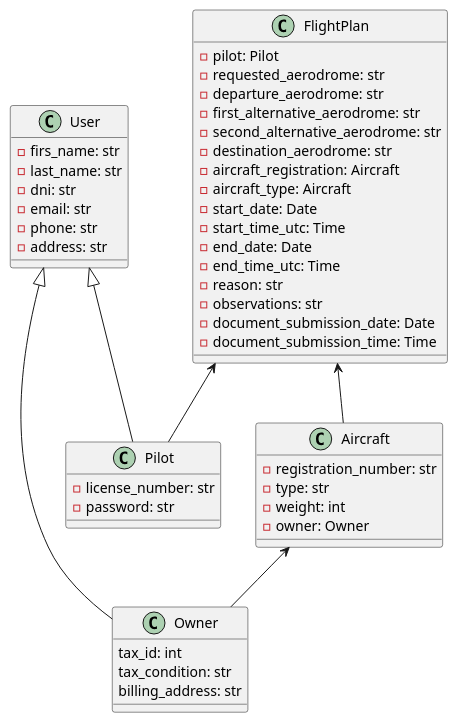
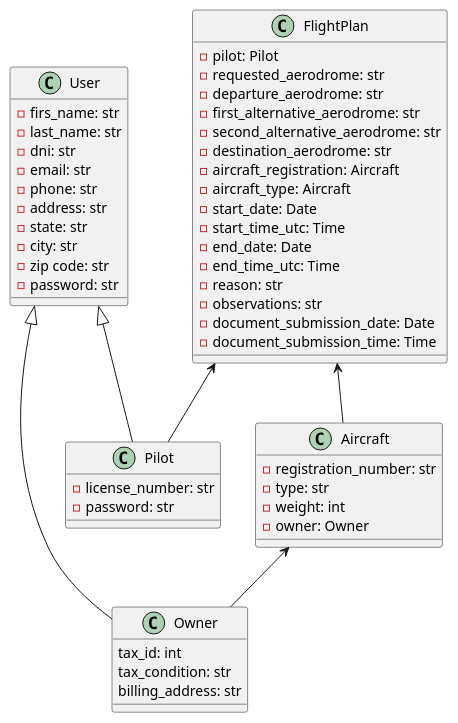
The diagram in docs/class.puml (Facumerino03/Jetpass), drawn with PlantUML before and after one commit. The commit also changed 6 other files, not shown here.

```diff
--- a/docs/class.puml
+++ b/docs/class.puml
@@ -1,56 +1,60 @@
 @startuml class
 
 class User {
     - firs_name: str
     - last_name: str
     - dni: str
     - email: str
     - phone: str
     - address: str
+    - state: str
+    - city: str
+    - zip code: str
+    - password: str
 }
 
 class Pilot extends User {
     - license_number: str
     - password: str
 }
 
 class Owner extends User{
     tax_id: int
     tax_condition: str
     billing_address: str
 }
 
 class Aircraft {
     - registration_number: str
     - type: str
     - weight: int
     - owner: Owner
 }
 
 class FlightPlan {
     - pilot: Pilot
     - requested_aerodrome: str
     - departure_aerodrome: str
     - first_alternative_aerodrome: str
     - second_alternative_aerodrome: str
     - destination_aerodrome: str
     - aircraft_registration: Aircraft
     - aircraft_type: Aircraft
     - start_date: Date
     - start_time_utc: Time
     - end_date: Date
     - end_time_utc: Time
     - reason: str
     - observations: str
     - document_submission_date: Date
     - document_submission_time: Time
 }
 
 
 
 
 Aircraft <-- Owner
 FlightPlan <-- Pilot
 FlightPlan <-- Aircraft
 
 @enduml
```
